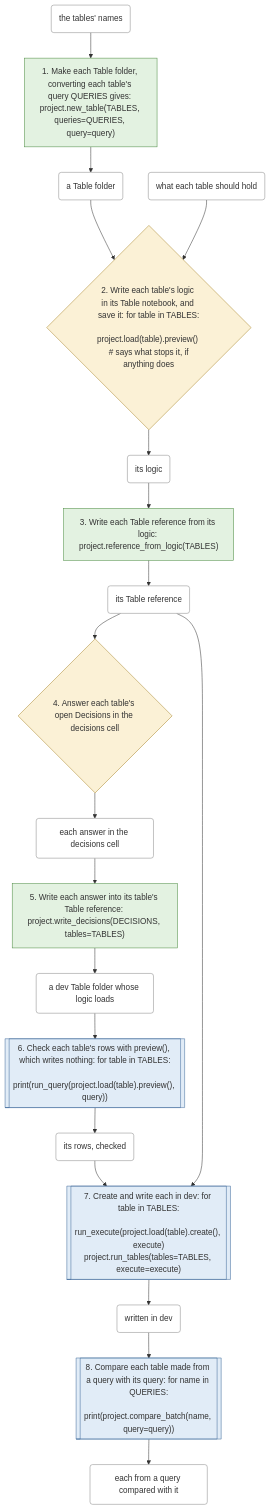
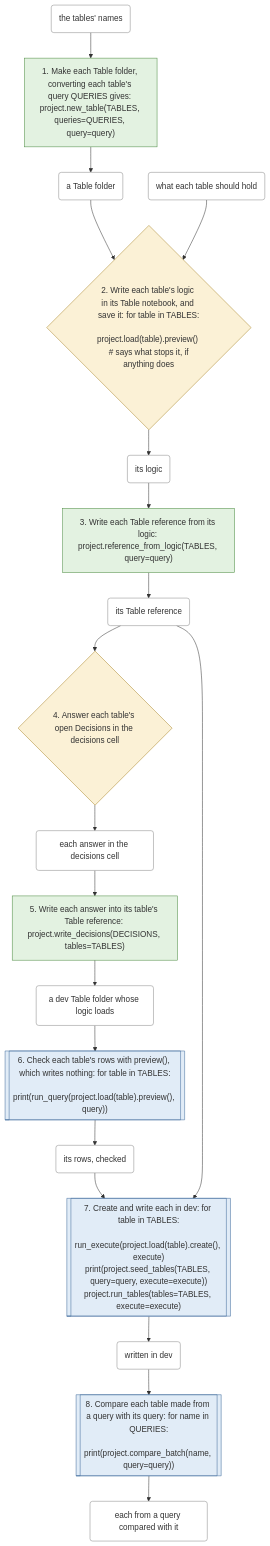
Before and after one commit to EdgyPage/SQL-Composer: the third of 7 diagrams in docs/workflows.md, drawn with Mermaid. The commit also changed other lines of this file and 44 other files, not shown here.

First line of the commit message:
feat(8.10): every History table seeded once before its first write, limited by {"months": N} (toolbox-8-10 ticket 05)

````diff
--- a/docs/workflows.md
+++ b/docs/workflows.md
@@ -159,48 +143,49 @@
 ```mermaid
 flowchart TD
     s0["1. Make each Table folder, converting each table's query QUERIES gives: project.new_table(TABLES, queries=QUERIES, query=query)"]:::files_only
     s1{"2. Write each table's logic in its Table notebook, and save it: for table in TABLES:
     project.load(table).preview()  #35; says what stops it, if anything does"}:::your_decision
-    s2["3. Write each Table reference from its logic: project.reference_from_logic(TABLES)"]:::files_only
+    s2["3. Write each Table reference from its logic: project.reference_from_logic(TABLES, query=query)"]:::files_only
     s3{"4. Answer each table's open Decisions in the decisions cell"}:::your_decision
     s4["5. Write each answer into its table's Table reference: project.write_decisions(DECISIONS, tables=TABLES)"]:::files_only
     s5[["6. Check each table's rows with preview(), which writes nothing: for table in TABLES:
     print(run_query(project.load(table).preview(), query))"]]:::warehouse_call
     s6[["7. Create and write each in dev: for table in TABLES:
     run_execute(project.load(table).create(), execute)
+print(project.seed_tables(TABLES, query=query, execute=execute))
 project.run_tables(tables=TABLES, execute=execute)"]]:::warehouse_call
     s7[["8. Compare each table made from a query with its query: for name in QUERIES:
     print(project.compare_batch(name, query=query))"]]:::warehouse_call
     t0("the tables' names"):::thing
     t1("a Table folder"):::thing
     t2("what each table should hold"):::thing
     t3("its logic"):::thing
     t4("its Table reference"):::thing
     t5("each answer in the decisions cell"):::thing
     t6("a dev Table folder whose logic loads"):::thing
     t7("its rows, checked"):::thing
     t8("written in dev"):::thing
     t9("each from a query compared with it"):::thing
     t0 --> s0
     s0 --> t1
     t1 --> s1
     t2 --> s1
     s1 --> t3
     t3 --> s2
     s2 --> t4
     t4 --> s3
     s3 --> t5
     t5 --> s4
     s4 --> t6
     t6 --> s5
     s5 --> t7
     t7 --> s6
     t4 --> s6
     s6 --> t8
     t8 --> s7
     s7 --> t9
     classDef files_only fill:#e3f2e1,stroke:#4a8a3f
     classDef warehouse_call fill:#e1ecf7,stroke:#3f6a9a
     classDef your_decision fill:#fbf1d6,stroke:#a8842a
     classDef thing fill:#ffffff,stroke:#888888
 ```
````
